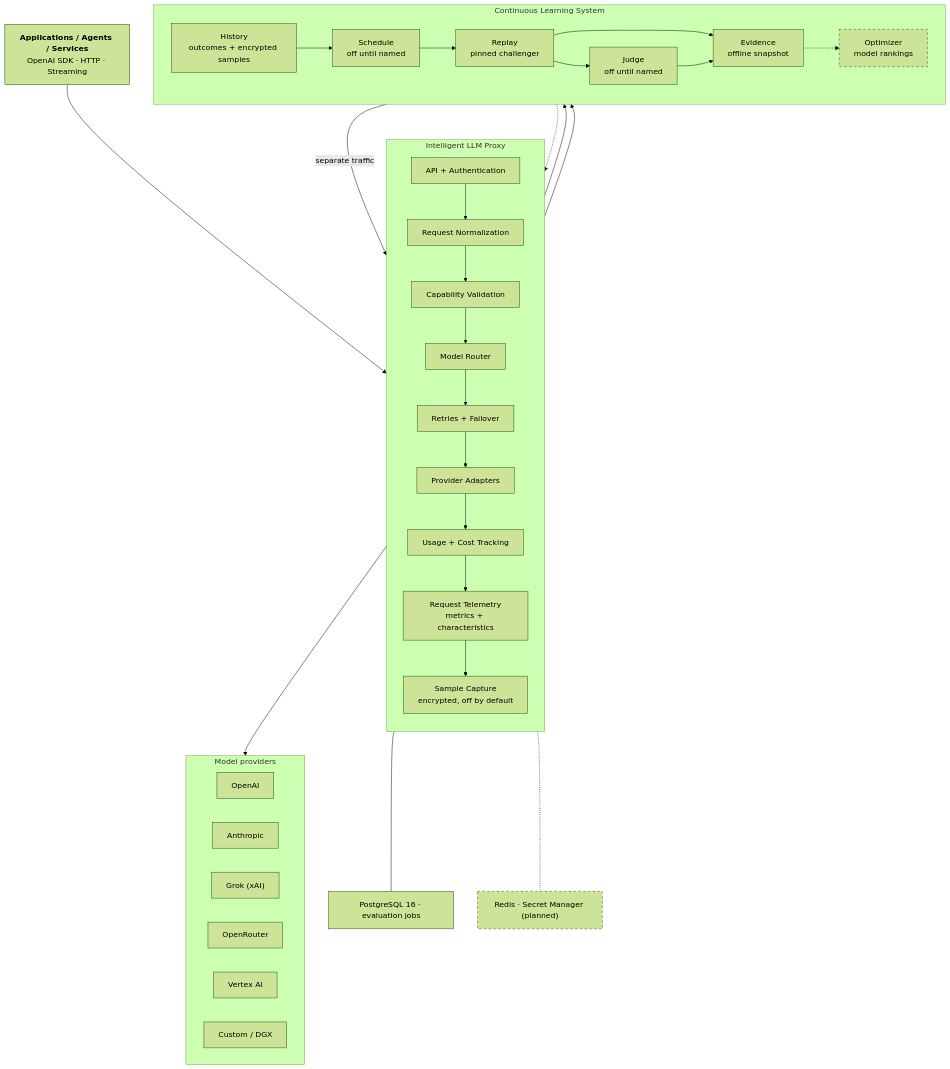
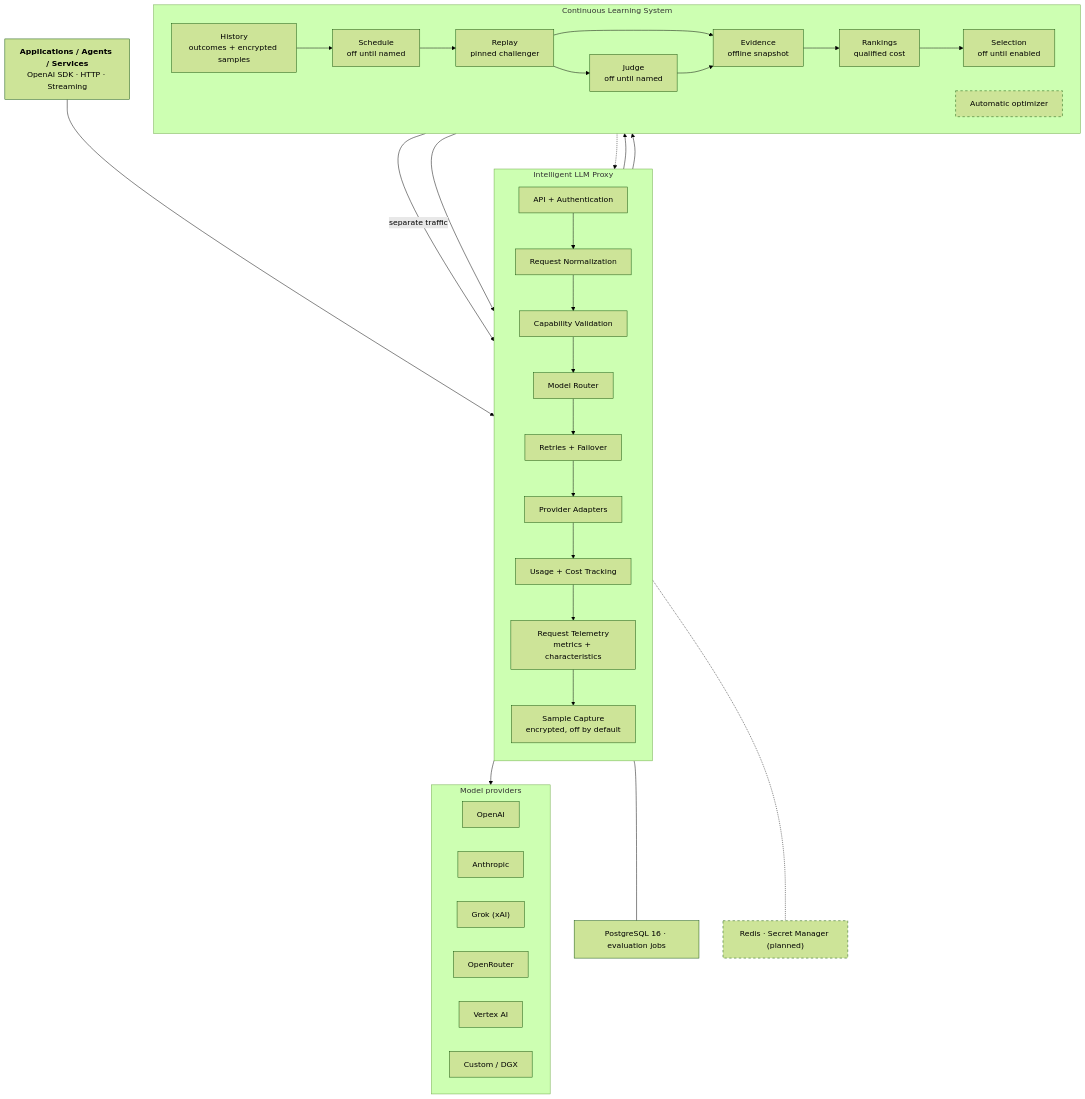
One commit to niranta-life/llm-proxy changed the diagram in README.md. Above: the diagram before and after it, drawn with Mermaid (forest theme). The commit also changed other lines of this file and 1 other file, not shown here.

First line of the commit message:
docs(proxy): show shipped selection from rankings to the router

````diff
--- a/README.md
+++ b/README.md
@@ -43,61 +43,65 @@
 ```mermaid
 flowchart TB
     apps["<b>Applications / Agents / Services</b><br/>OpenAI SDK · HTTP · Streaming"]
 
     subgraph proxy["Intelligent LLM Proxy"]
         direction TB
         auth["API + Authentication"]
         norm["Request Normalization"]
         cap["Capability Validation"]
         router["Model Router"]
         adapters["Provider Adapters"]
         retry["Retries + Failover"]
         cost["Usage + Cost Tracking"]
         telem["Request Telemetry<br/>metrics + characteristics"]
         capture["Sample Capture<br/>encrypted, off by default"]
         auth --> norm --> cap --> router --> retry --> adapters
         adapters --> cost --> telem
         telem --> capture
     end
 
     subgraph providers["Model providers"]
         direction LR
         openai["OpenAI"]
         anthropic["Anthropic"]
         grok["Grok (xAI)"]
         openrouter["OpenRouter"]
         vertex["Vertex AI"]
         dgx["Custom / DGX"]
     end
 
     subgraph learning["Continuous Learning System"]
         direction LR
         history["History<br/>outcomes + encrypted samples"]
         schedule["Schedule<br/>off until named"]
         replay["Replay<br/>pinned challenger"]
         judge["Judge<br/>off until named"]
         evidence["Evidence<br/>offline snapshot"]
-        optimizer["Optimizer<br/>model rankings"]
+        rankings["Rankings<br/>qualified cost"]
+        selection["Selection<br/>off until enabled"]
+        optimizer["Automatic optimizer"]
         history --> schedule
         schedule --> replay
         replay --> judge
         replay --> evidence
         judge --> evidence
-        evidence -.-> optimizer
+        evidence --> rankings
+        rankings --> selection
     end
 
     infra["PostgreSQL 16 · evaluation jobs"]
     infraPlanned["Redis · Secret Manager (planned)"]
 
     apps --> proxy
     proxy --> providers
     telem --> history
     capture --> history
     replay -->|"separate traffic"| adapters
+    selection --> router
     optimizer -.-> router
     proxy --- infra
     proxy -.- infraPlanned
 
     classDef planned stroke-dasharray: 5 5
     class optimizer,infraPlanned planned
 ```
````
